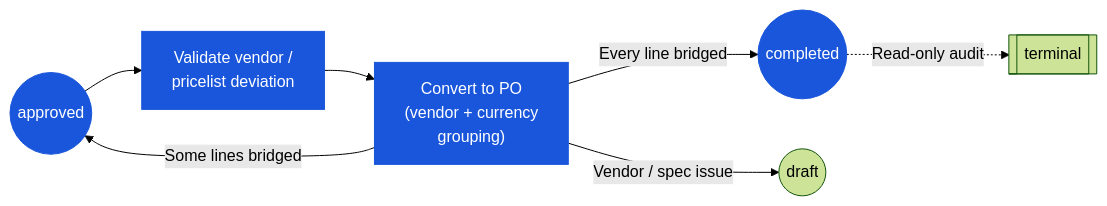
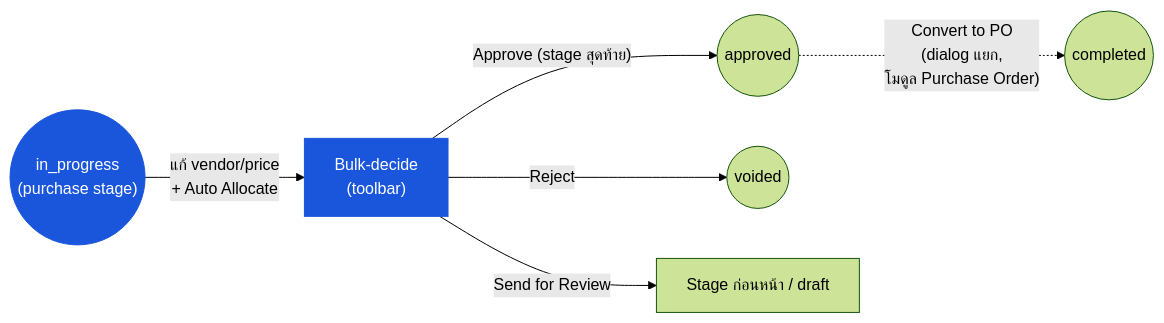
Before and after one commit to CarmenSoftware-organization/carmen-wiki: the diagram in th/inventory/purchase-request/03-user-flow-purchaser.md, drawn with Mermaid (forest theme). The commit also changed other lines of this file and 12 other files, not shown here.

````diff
--- a/th/inventory/purchase-request/03-user-flow-purchaser.md
+++ b/th/inventory/purchase-request/03-user-flow-purchaser.md
@@ -23,10 +25,9 @@
 ```mermaid
 graph LR
-    approved(("approved")):::current --> alloc["Validate vendor /<br/>pricelist deviation"]:::current
-    alloc --> conv["Convert to PO<br/>(vendor + currency<br/>grouping)"]:::current
-    conv -->|"Every line bridged"| completed(("completed")):::current
-    conv -->|"Some lines bridged"| approved
-    conv -->|"Vendor / spec issue"| draft(("draft"))
-    completed -.->|"Read-only audit"| terminal[["terminal"]]
+    inprog(("in_progress<br/>(purchase stage)")):::current -->|"แก้ vendor/price<br/>+ Auto Allocate"| decide["Bulk-decide<br/>(toolbar)"]:::current
+    decide -->|"Approve (stage สุดท้าย)"| approved(("approved"))
+    decide -->|"Reject"| voided(("voided"))
+    decide -->|"Send for Review"| prior["Stage ก่อนหน้า / draft"]
+    approved -.->|"Convert to PO<br/>(dialog แยก,<br/>โมดูล Purchase Order)"| completed(("completed"))
     classDef current fill:#1a56db,color:#fff,stroke:#1a56db;
 ```
````
